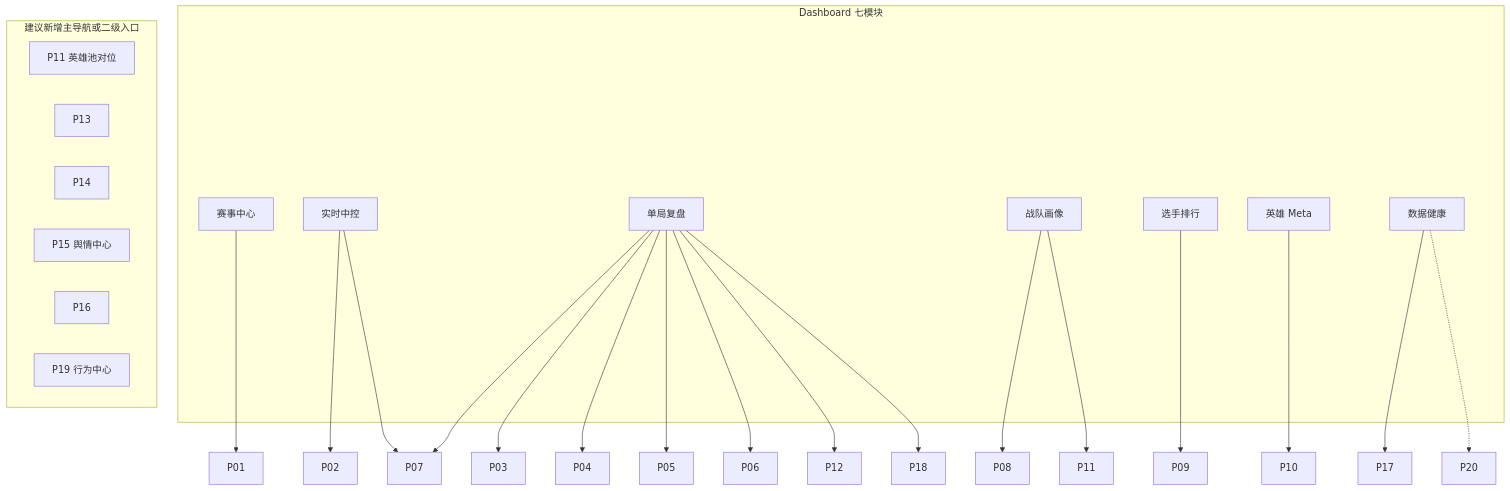
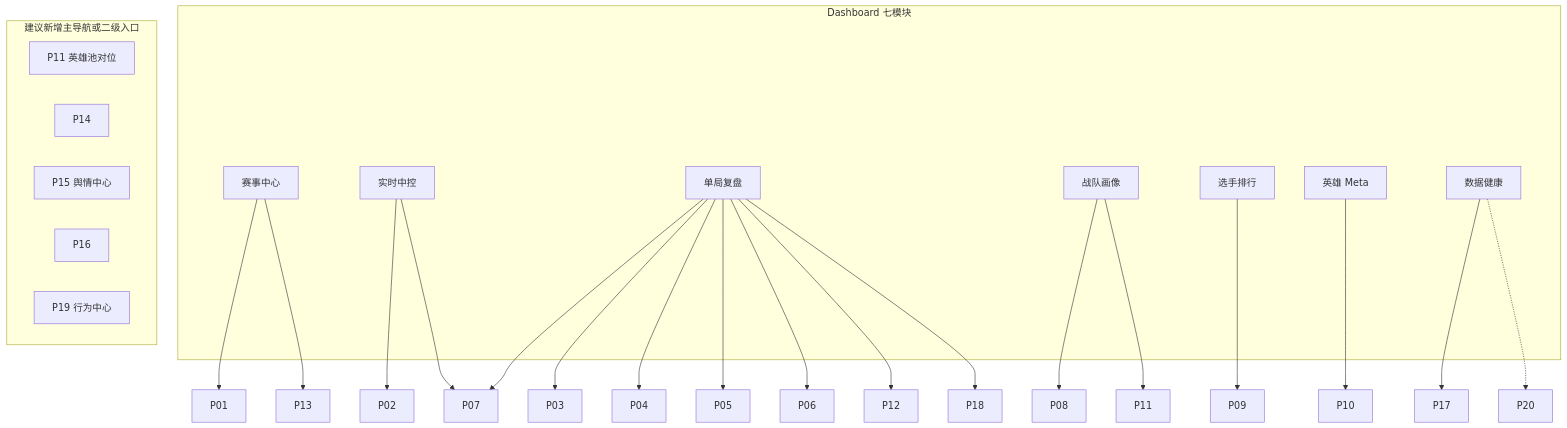
The diagram in docs/product/00-Dashboard映射.md (hccccc01333/KPLdata), drawn with Mermaid before and after one commit. The commit also changed other lines of this file and 4 other files, not shown here.

````diff
--- a/docs/product/00-Dashboard映射.md
+++ b/docs/product/00-Dashboard映射.md
@@ -50,38 +50,38 @@
 ```mermaid
 flowchart TB
   subgraph Dash [Dashboard 七模块]
     S[赛事中心]
     L[实时中控]
     R[单局复盘]
     T[战队画像]
     Pl[选手排行]
     H[英雄 Meta]
     Ops[数据健康]
   end
 
   S --> P01
+  S --> P13
   L --> P02
   L --> P07
   R --> P03
   R --> P04
   R --> P05
   R --> P06
   R --> P07
   R --> P12
   R --> P18
   T --> P08
   T --> P11
   Pl --> P09
   H --> P10
   Ops --> P17
   Ops -.-> P20
 
   subgraph NewPages [建议新增主导航或二级入口]
     P11N[P11 英雄池对位]
-    P13
     P14
     P15N[P15 舆情中心]
     P16
     P19N[P19 行为中心]
   end
 ```
````
